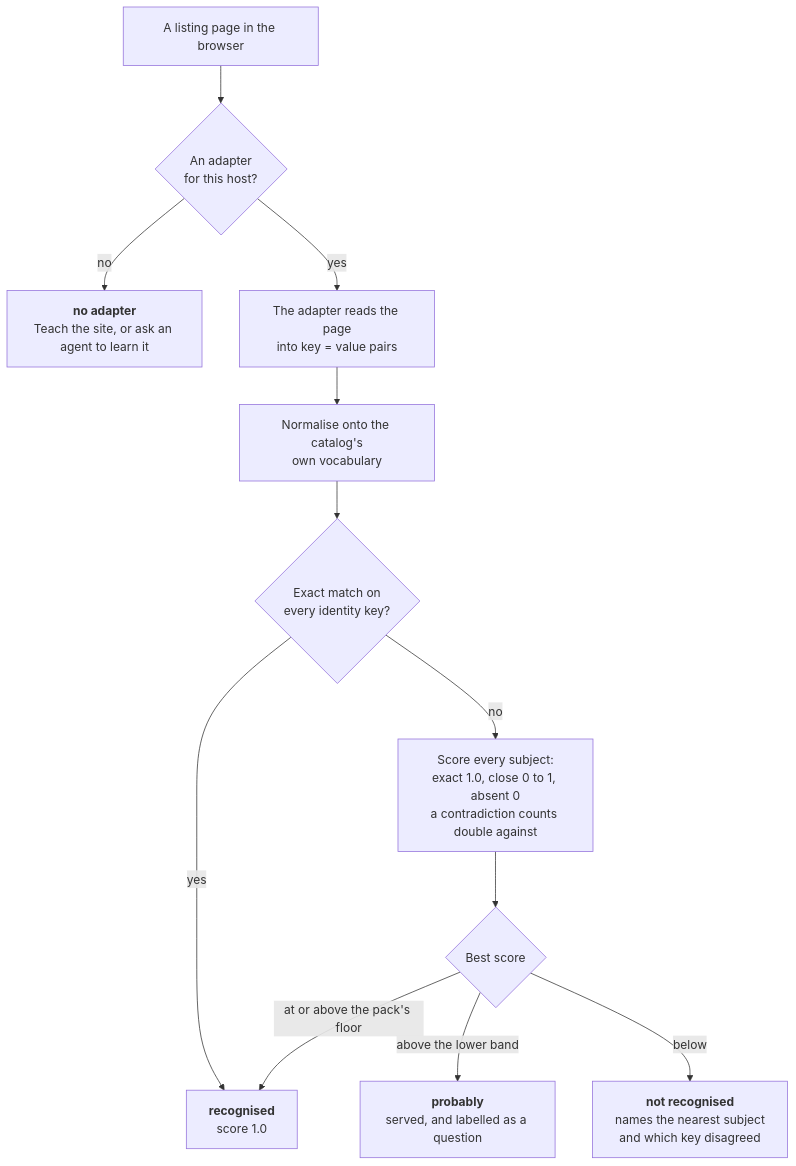
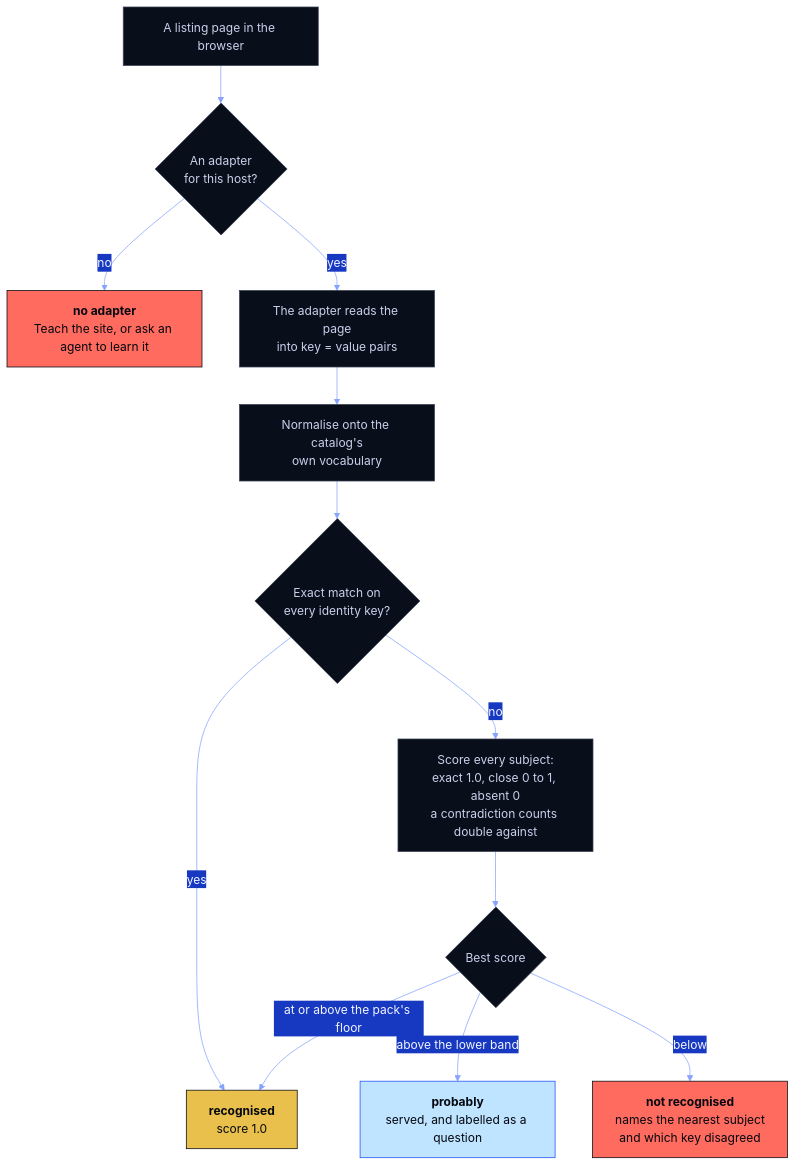
The first of 4 diagrams in docs/HOW_IT_WORKS.md (Berbadov/kriko), drawn with Mermaid before and after one commit. The commit also changed other lines of this file and 21 other files, not shown here.

````diff
--- a/docs/HOW_IT_WORKS.md
+++ b/docs/HOW_IT_WORKS.md
@@ -7,14 +10,25 @@
 ```mermaid
+%%{init: {"theme":"base","themeVariables":{"fontFamily":"ui-monospace, SFMono-Regular, Consolas, monospace","primaryColor":"#090E1B","primaryTextColor":"#F2F5FF","primaryBorderColor":"#1F4FFF","lineColor":"#86A3FF","secondaryColor":"#1739C2","tertiaryColor":"#080B16","noteBkgColor":"#BFE4FF","noteTextColor":"#05070F","actorBkg":"#090E1B","actorTextColor":"#F2F5FF","actorBorder":"#1F4FFF","signalColor":"#86A3FF","signalTextColor":"#86A3FF"}}}%%
 flowchart TD
     A["A listing page in the browser"] --> B{"An adapter<br/>for this host?"}
     B -- no --> B1["<b>no adapter</b><br/>Teach the site, or ask an agent to learn it"]
     B -- yes --> C["The adapter reads the page<br/>into key = value pairs"]
     C --> D["Normalise onto the catalog's<br/>own vocabulary"]
     D --> E{"Exact match on<br/>every identity key?"}
     E -- yes --> F["<b>recognised</b><br/>score 1.0"]
     E -- no --> G["Score every subject:<br/>exact 1.0, close 0 to 1, absent 0<br/>a contradiction counts double against"]
     G --> H{"Best score"}
     H -- "at or above the pack's floor" --> F
     H -- "above the lower band" --> I["<b>probably</b><br/>served, and labelled as a question"]
     H -- below --> J["<b>not recognised</b><br/>names the nearest subject<br/>and which key disagreed"]
+
+    classDef brand  fill:#1F4FFF,stroke:#86A3FF,color:#F2F5FF
+    classDef plain  fill:#090E1B,stroke:#3A4156,color:#C9D1EA
+    classDef ice    fill:#BFE4FF,stroke:#1F4FFF,color:#05070F
+    classDef danger fill:#FF6B5E,stroke:#05070F,color:#05070F
+    classDef mark   fill:#E8C04B,stroke:#05070F,color:#05070F
+    class A,B,C,D,E,G,H plain
+    class F mark
+    class I ice
+    class B1,J danger
 ```
````
